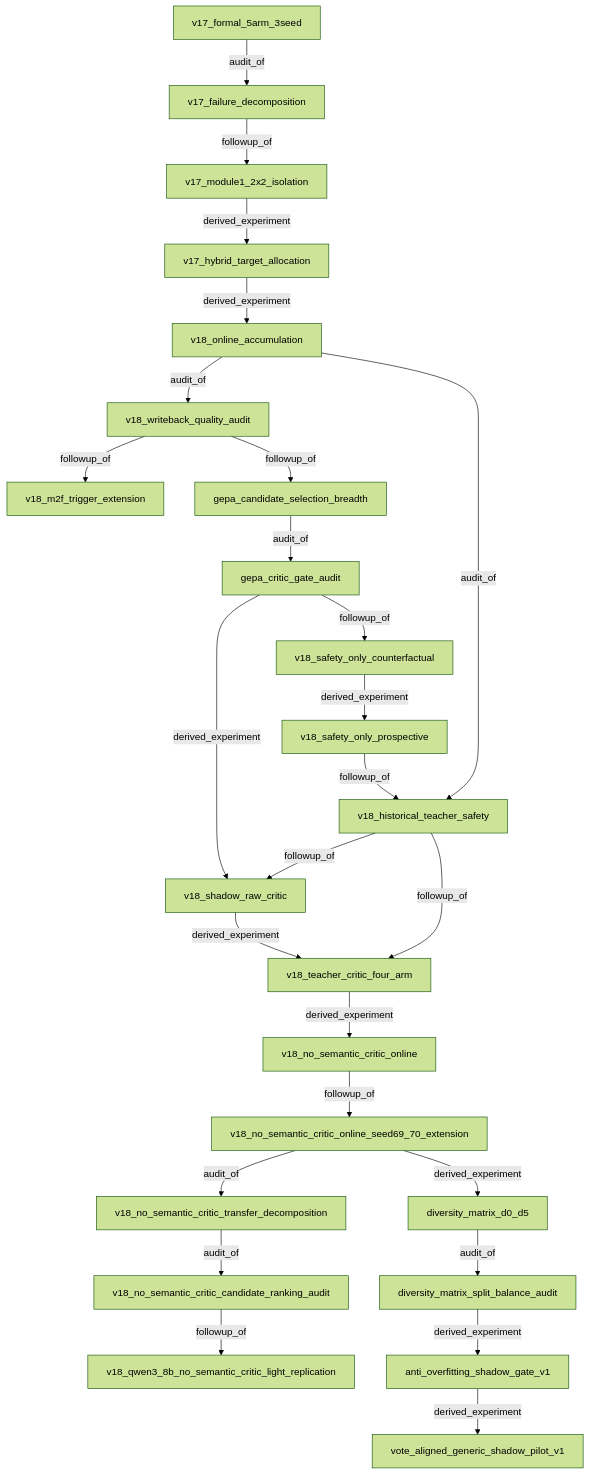
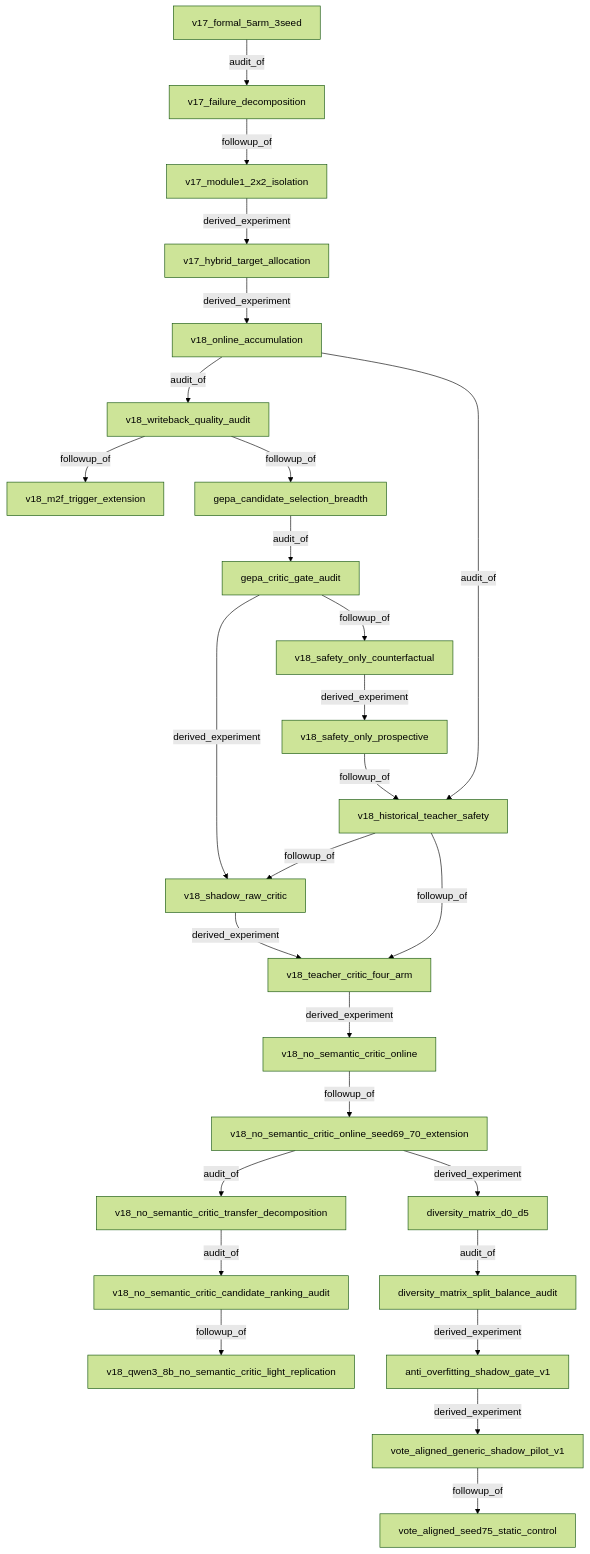
One commit to mmmmyyyxx/multi_agent_diversity changed the diagram in docs/experiments/LINEAGE.md. Above: the diagram before and after it, drawn with Mermaid (forest theme). The commit also changed other lines of this file and 7 other files, not shown here.

Commit message:
Add frozen static-control evaluation path

````diff
--- a/docs/experiments/LINEAGE.md
+++ b/docs/experiments/LINEAGE.md
@@ -5,28 +5,29 @@
 ```mermaid
 graph TD
   v17_formal_5arm_3seed["v17_formal_5arm_3seed"] -->|audit_of| v17_failure_decomposition["v17_failure_decomposition"]
   v17_failure_decomposition["v17_failure_decomposition"] -->|followup_of| v17_module1_2x2_isolation["v17_module1_2x2_isolation"]
   v17_module1_2x2_isolation["v17_module1_2x2_isolation"] -->|derived_experiment| v17_hybrid_target_allocation["v17_hybrid_target_allocation"]
   v17_hybrid_target_allocation["v17_hybrid_target_allocation"] -->|derived_experiment| v18_online_accumulation["v18_online_accumulation"]
   v18_online_accumulation["v18_online_accumulation"] -->|audit_of| v18_writeback_quality_audit["v18_writeback_quality_audit"]
   v18_writeback_quality_audit["v18_writeback_quality_audit"] -->|followup_of| v18_m2f_trigger_extension["v18_m2f_trigger_extension"]
   v18_writeback_quality_audit["v18_writeback_quality_audit"] -->|followup_of| gepa_candidate_selection_breadth["gepa_candidate_selection_breadth"]
   gepa_candidate_selection_breadth["gepa_candidate_selection_breadth"] -->|audit_of| gepa_critic_gate_audit["gepa_critic_gate_audit"]
   gepa_critic_gate_audit["gepa_critic_gate_audit"] -->|followup_of| v18_safety_only_counterfactual["v18_safety_only_counterfactual"]
   v18_safety_only_counterfactual["v18_safety_only_counterfactual"] -->|derived_experiment| v18_safety_only_prospective["v18_safety_only_prospective"]
   v18_safety_only_prospective["v18_safety_only_prospective"] -->|followup_of| v18_historical_teacher_safety["v18_historical_teacher_safety"]
   v18_online_accumulation["v18_online_accumulation"] -->|audit_of| v18_historical_teacher_safety["v18_historical_teacher_safety"]
   gepa_critic_gate_audit["gepa_critic_gate_audit"] -->|derived_experiment| v18_shadow_raw_critic["v18_shadow_raw_critic"]
   v18_historical_teacher_safety["v18_historical_teacher_safety"] -->|followup_of| v18_shadow_raw_critic["v18_shadow_raw_critic"]
   v18_shadow_raw_critic["v18_shadow_raw_critic"] -->|derived_experiment| v18_teacher_critic_four_arm["v18_teacher_critic_four_arm"]
   v18_historical_teacher_safety["v18_historical_teacher_safety"] -->|followup_of| v18_teacher_critic_four_arm["v18_teacher_critic_four_arm"]
   v18_teacher_critic_four_arm["v18_teacher_critic_four_arm"] -->|derived_experiment| v18_no_semantic_critic_online["v18_no_semantic_critic_online"]
   v18_no_semantic_critic_online["v18_no_semantic_critic_online"] -->|followup_of| v18_no_semantic_critic_online_seed69_70_extension["v18_no_semantic_critic_online_seed69_70_extension"]
   v18_no_semantic_critic_online_seed69_70_extension["v18_no_semantic_critic_online_seed69_70_extension"] -->|audit_of| v18_no_semantic_critic_transfer_decomposition["v18_no_semantic_critic_transfer_decomposition"]
   v18_no_semantic_critic_transfer_decomposition["v18_no_semantic_critic_transfer_decomposition"] -->|audit_of| v18_no_semantic_critic_candidate_ranking_audit["v18_no_semantic_critic_candidate_ranking_audit"]
   v18_no_semantic_critic_candidate_ranking_audit["v18_no_semantic_critic_candidate_ranking_audit"] -->|followup_of| v18_qwen3_8b_no_semantic_critic_light_replication["v18_qwen3_8b_no_semantic_critic_light_replication"]
   v18_no_semantic_critic_online_seed69_70_extension["v18_no_semantic_critic_online_seed69_70_extension"] -->|derived_experiment| diversity_matrix_d0_d5["diversity_matrix_d0_d5"]
   diversity_matrix_d0_d5["diversity_matrix_d0_d5"] -->|audit_of| diversity_matrix_split_balance_audit["diversity_matrix_split_balance_audit"]
   diversity_matrix_split_balance_audit["diversity_matrix_split_balance_audit"] -->|derived_experiment| anti_overfitting_shadow_gate_v1["anti_overfitting_shadow_gate_v1"]
   anti_overfitting_shadow_gate_v1["anti_overfitting_shadow_gate_v1"] -->|derived_experiment| vote_aligned_generic_shadow_pilot_v1["vote_aligned_generic_shadow_pilot_v1"]
+  vote_aligned_generic_shadow_pilot_v1["vote_aligned_generic_shadow_pilot_v1"] -->|followup_of| vote_aligned_seed75_static_control["vote_aligned_seed75_static_control"]
 ```
````
